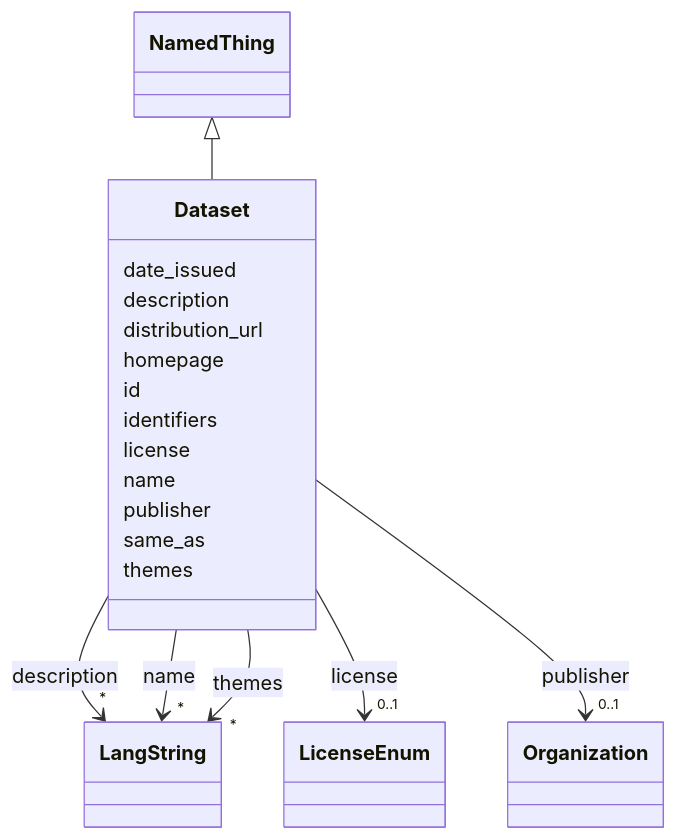
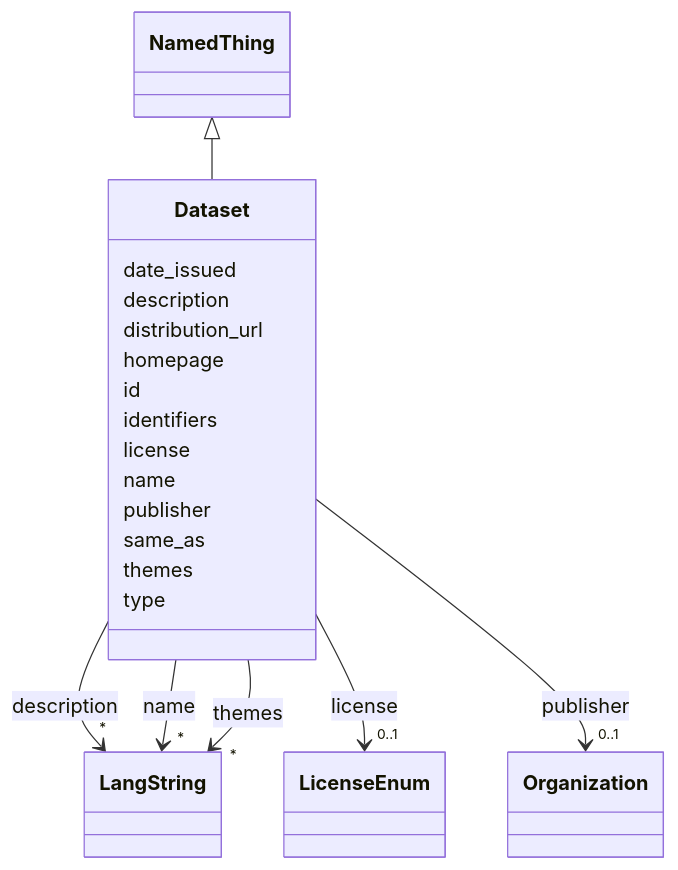
One commit to DARIAH-IL/idhi-manifests changed the diagram in docs/classes/Dataset.md. Above: the diagram before and after it, drawn with Mermaid. The commit also changed other lines of this file and 26 other files, not shown here.

````diff
--- a/docs/classes/Dataset.md
+++ b/docs/classes/Dataset.md
@@ -23,76 +23,78 @@
 ```mermaid
  classDiagram
     class Dataset
     click Dataset href "../../classes/Dataset/"
       NamedThing <|-- Dataset
         click NamedThing href "../../classes/NamedThing/"
       
       Dataset : date_issued
         
       Dataset : description
         
           
     
         
         
         Dataset --> "*" LangString : description
         click LangString href "../../classes/LangString/"
     
 
         
       Dataset : distribution_url
         
       Dataset : homepage
         
       Dataset : id
         
       Dataset : identifiers
         
       Dataset : license
         
           
     
         
         
         Dataset --> "0..1" LicenseEnum : license
         click LicenseEnum href "../../enums/LicenseEnum/"
     
 
         
       Dataset : name
         
           
     
         
         
         Dataset --> "*" LangString : name
         click LangString href "../../classes/LangString/"
     
 
         
       Dataset : publisher
         
           
     
         
         
         Dataset --> "0..1" Organization : publisher
         click Organization href "../../classes/Organization/"
     
 
         
       Dataset : same_as
         
       Dataset : themes
         
           
     
         
         
         Dataset --> "*" LangString : themes
         click LangString href "../../classes/LangString/"
     
 
         
+      Dataset : type
+        
       
 ```
````
